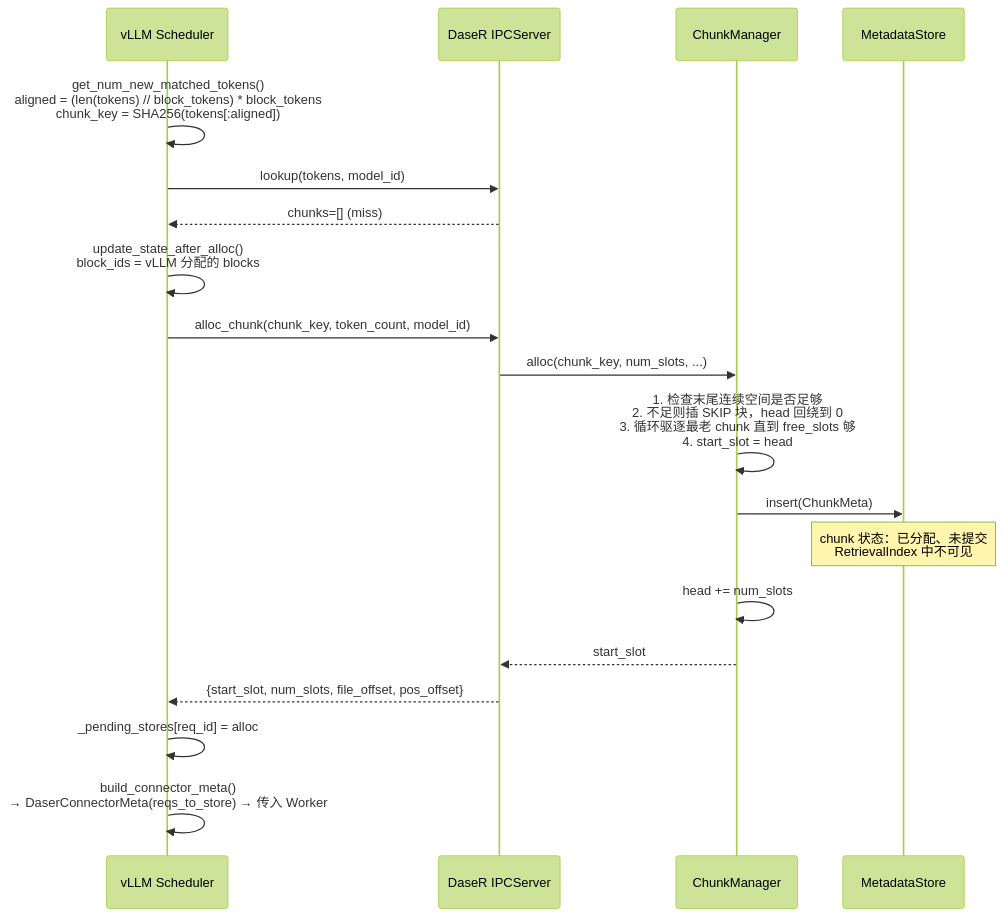
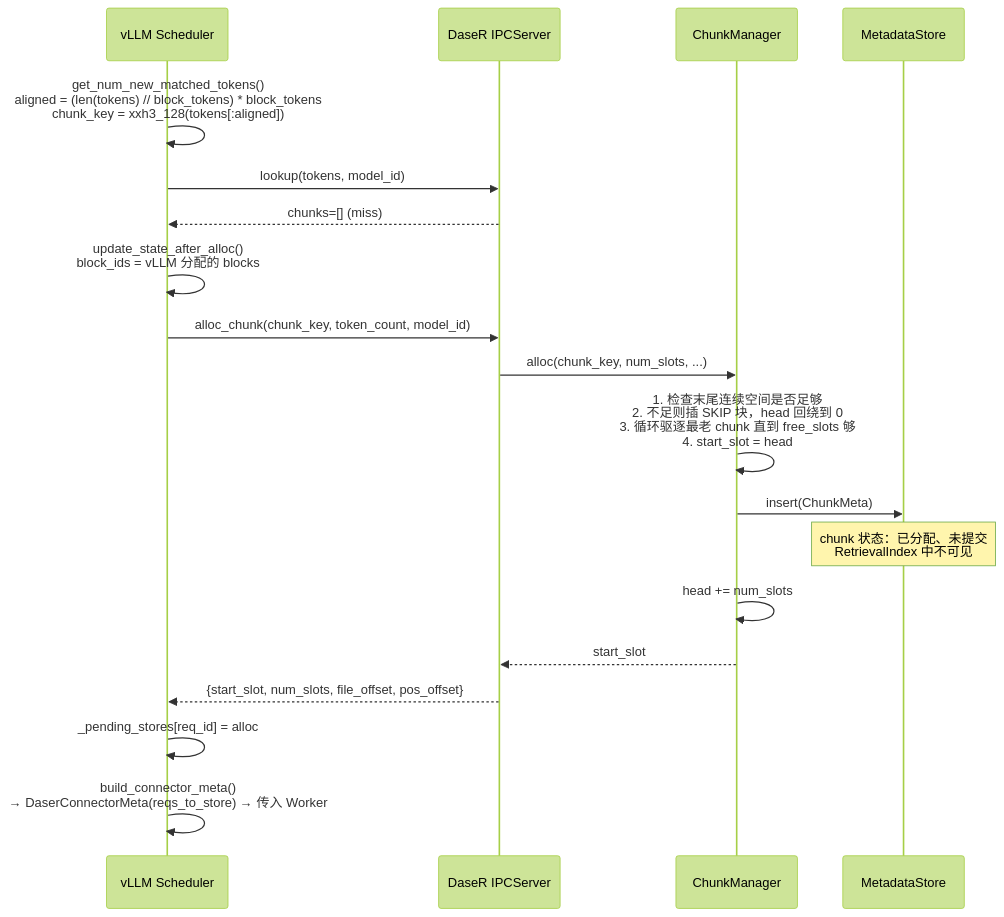
One commit to 7774596/DaseR changed the first of 6 diagrams in docs/design/flows.md. Above: the diagram before and after it, drawn with Mermaid (forest theme). The commit also changed other lines of this file and 18 other files, not shown here.

````diff
--- a/docs/design/flows.md
+++ b/docs/design/flows.md
@@ -9,24 +9,24 @@
 ```mermaid
 sequenceDiagram
     participant S as vLLM Scheduler
     participant IPC as DaseR IPCServer
     participant CM as ChunkManager
     participant MS as MetadataStore
 
-    S->>S: get_num_new_matched_tokens()<br/>aligned = (len(tokens) // block_tokens) * block_tokens<br/>chunk_key = SHA256(tokens[:aligned])
+    S->>S: get_num_new_matched_tokens()<br/>aligned = (len(tokens) // block_tokens) * block_tokens<br/>chunk_key = xxh3_128(tokens[:aligned])
     S->>IPC: lookup(tokens, model_id)
     IPC-->>S: chunks=[] (miss)
 
     S->>S: update_state_after_alloc()<br/>block_ids = vLLM 分配的 blocks
     S->>IPC: alloc_chunk(chunk_key, token_count, model_id)
     IPC->>CM: alloc(chunk_key, num_slots, ...)
     CM->>CM: 1. 检查末尾连续空间是否足够<br/>2. 不足则插 SKIP 块，head 回绕到 0<br/>3. 循环驱逐最老 chunk 直到 free_slots 够<br/>4. start_slot = head
     CM->>MS: insert(ChunkMeta)
     Note over MS: chunk 状态：已分配、未提交<br/>RetrievalIndex 中不可见
     CM->>CM: head += num_slots
     CM-->>IPC: start_slot
     IPC-->>S: {start_slot, num_slots, file_offset, pos_offset}
 
     S->>S: _pending_stores[req_id] = alloc
     S->>S: build_connector_meta()<br/>→ DaserConnectorMeta(reqs_to_store) → 传入 Worker
 ```
````
